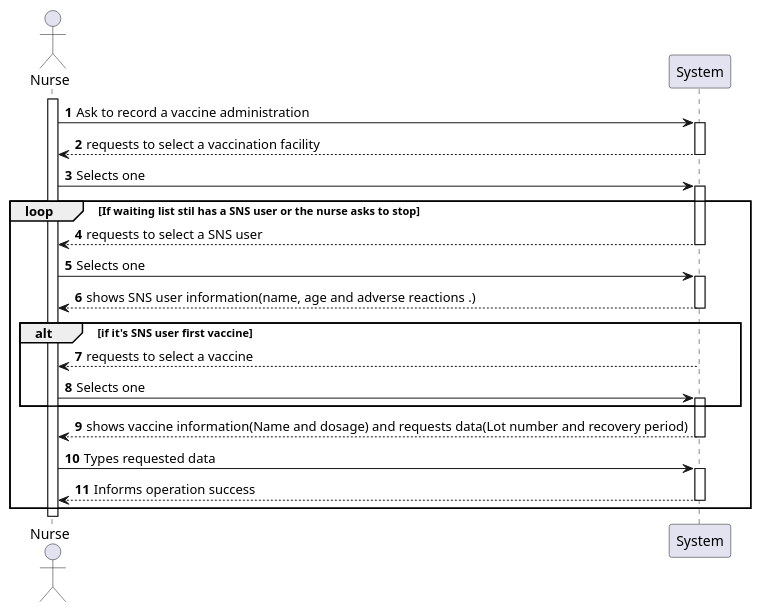
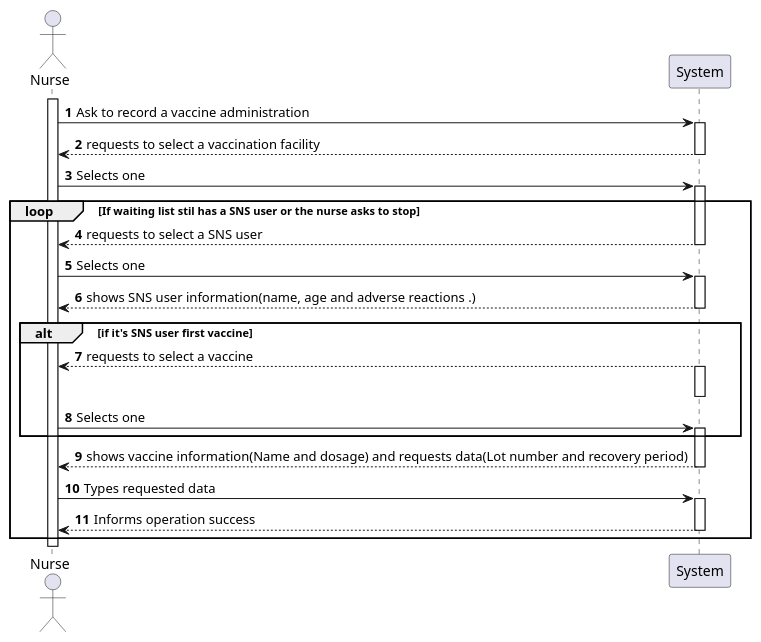
The diagram in docs/SprintD/US008/US008_SSD.puml (osnilas/SNSsystem), drawn with PlantUML before and after one commit. The commit also changed 26 other files, not shown here.

```diff
--- a/docs/SprintD/US008/US008_SSD.puml
+++ b/docs/SprintD/US008/US008_SSD.puml
@@ -1,38 +1,39 @@
 @startuml
 'https://plantuml.com/sequence-diagram
 
 autonumber
 
 actor "Nurse" as nurse
 activate nurse
 
 nurse-> System : Ask to record a vaccine administration
 activate System
 System--> nurse : requests to select a vaccination facility
 deactivate System
 nurse-> System : Selects one
 activate System
 loop If waiting list stil has a SNS user or the nurse asks to stop
 System--> nurse : requests to select a SNS user
 deactivate System
 nurse-> System : Selects one
 activate System
 System--> nurse : shows SNS user information(name, age and adverse reactions .)
 deactivate System
 
 alt if it's SNS user first vaccine
     System--> nurse : requests to select a vaccine
-
+       activate System
+       deactivate System
 
     nurse-> System : Selects one
     activate System
     end
 
 System--> nurse : shows vaccine information(Name and dosage) and requests data(Lot number and recovery period)
 deactivate System
 nurse-> System : Types requested data
 activate System
 System--> nurse : Informs operation success
 deactivate System
 end
 @enduml
```
